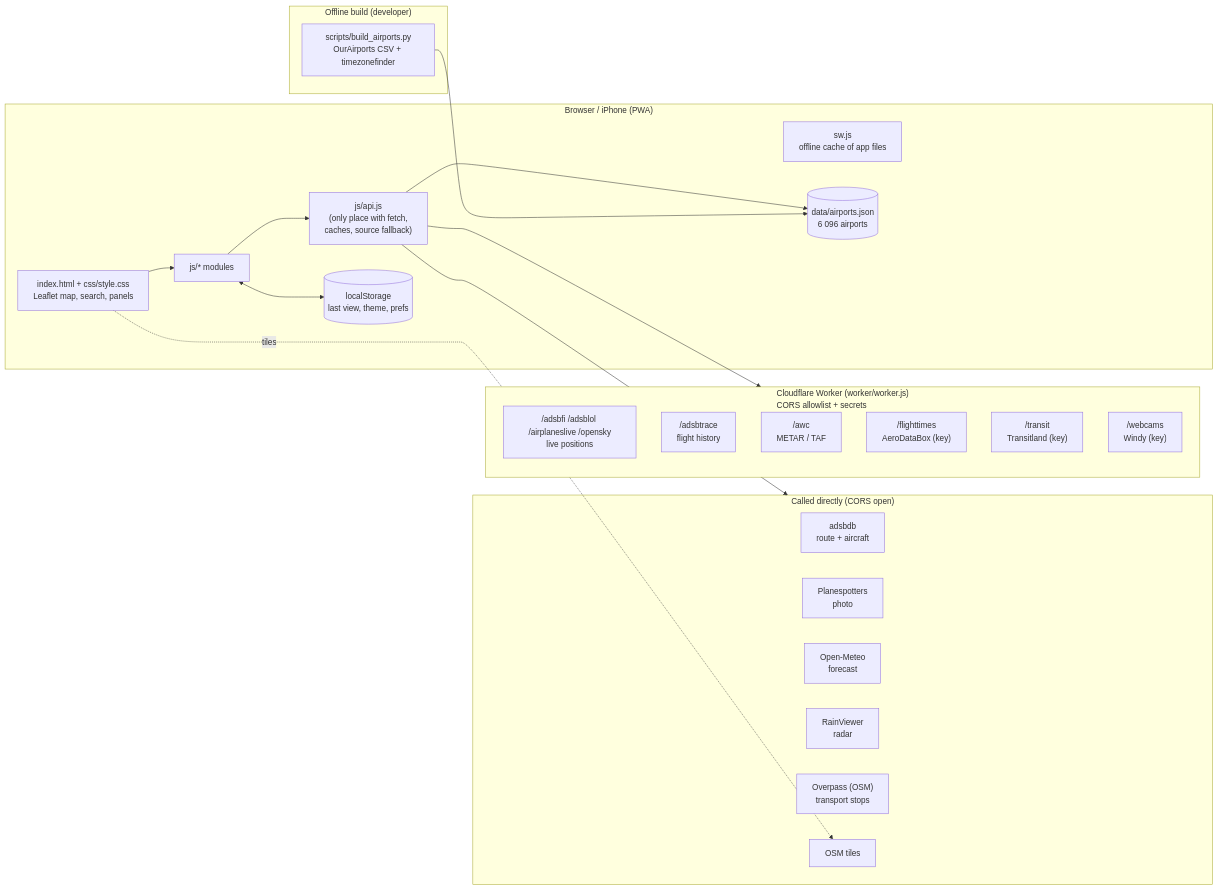
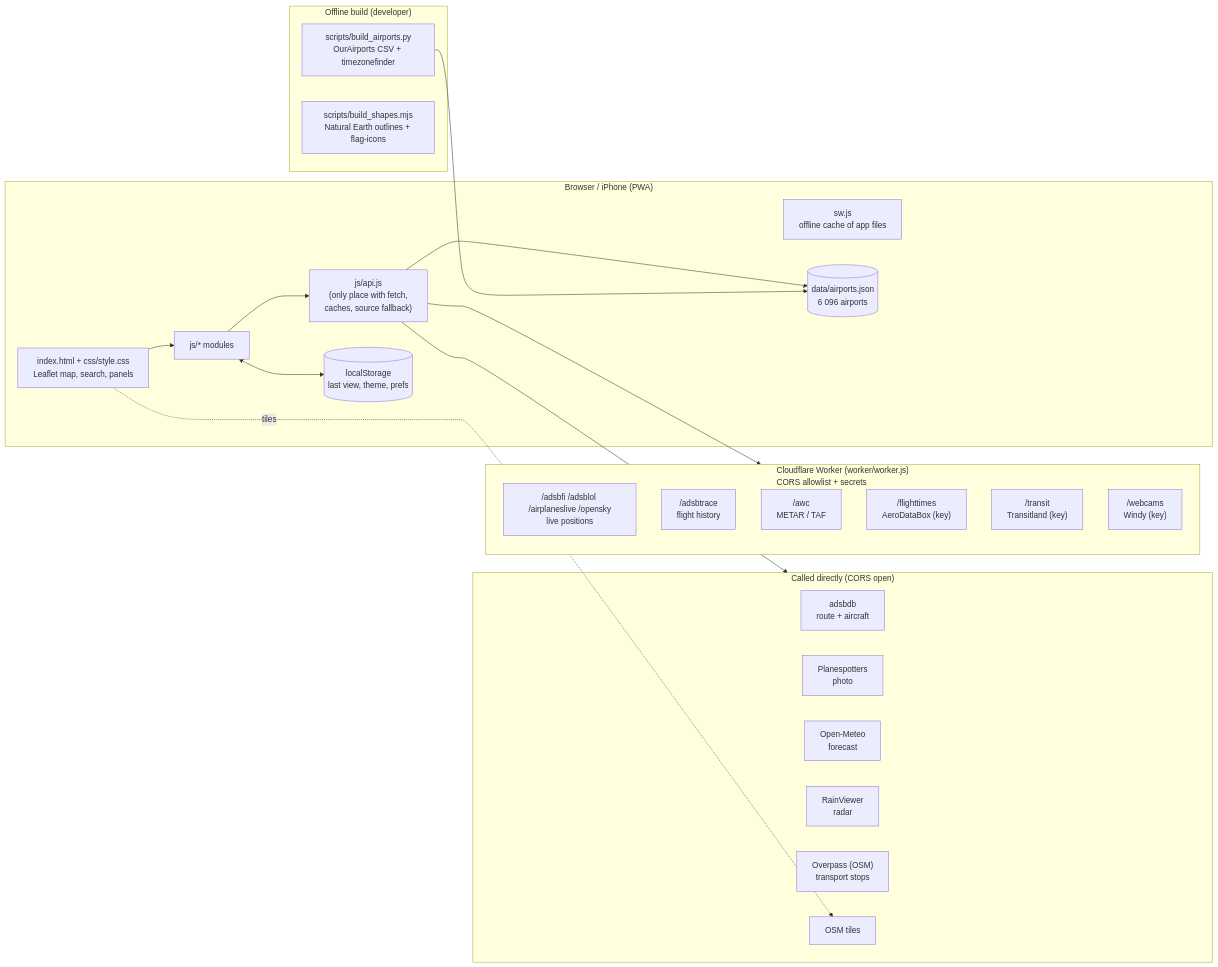
The first of 5 diagrams in docs/ARCHITECTURE.md (ZafirisC/Flights), drawn with Mermaid before and after one commit. The commit also changed other lines of this file and 6 other files, not shown here.

````diff
--- a/docs/ARCHITECTURE.md
+++ b/docs/ARCHITECTURE.md
@@ -8,41 +8,42 @@
 ```mermaid
 flowchart LR
   subgraph Device["Browser / iPhone (PWA)"]
     UI["index.html + css/style.css<br/>Leaflet map, search, panels"]
     APP["js/* modules"]
     API["js/api.js<br/>(only place with fetch,<br/>caches, source fallback)"]
     SW["sw.js<br/>offline cache of app files"]
     LS[("localStorage<br/>last view, theme, prefs")]
     AJ[("data/airports.json<br/>6 096 airports")]
     UI --> APP --> API
     APP <--> LS
     API --> AJ
   end
 
   subgraph Worker["Cloudflare Worker (worker/worker.js)<br/>CORS allowlist + secrets"]
     W1["/adsbfi /adsblol /airplaneslive /opensky<br/>live positions"]
     W2["/adsbtrace<br/>flight history"]
     W3["/awc<br/>METAR / TAF"]
     W4["/flighttimes<br/>AeroDataBox (key)"]
     W5["/transit<br/>Transitland (key)"]
     W6["/webcams<br/>Windy (key)"]
   end
 
   subgraph Direct["Called directly (CORS open)"]
     D1["adsbdb<br/>route + aircraft"]
     D2["Planespotters<br/>photo"]
     D3["Open-Meteo<br/>forecast"]
     D4["RainViewer<br/>radar"]
     D5["Overpass (OSM)<br/>transport stops"]
     D6["OSM tiles"]
   end
 
   API --> Worker
   API --> Direct
   UI -. tiles .-> D6
 
   subgraph Build["Offline build (developer)"]
     PY["scripts/build_airports.py<br/>OurAirports CSV + timezonefinder"]
+    SH["scripts/build_shapes.mjs<br/>Natural Earth outlines + flag-icons"]
   end
   PY --> AJ
 ```
````
